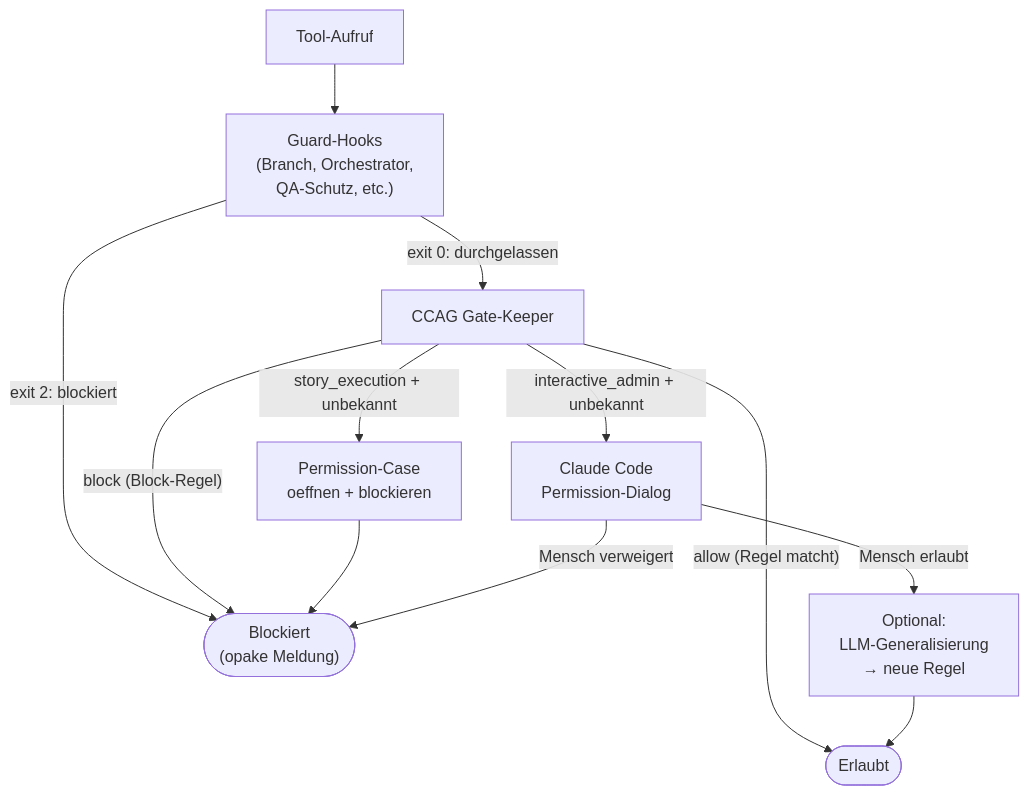
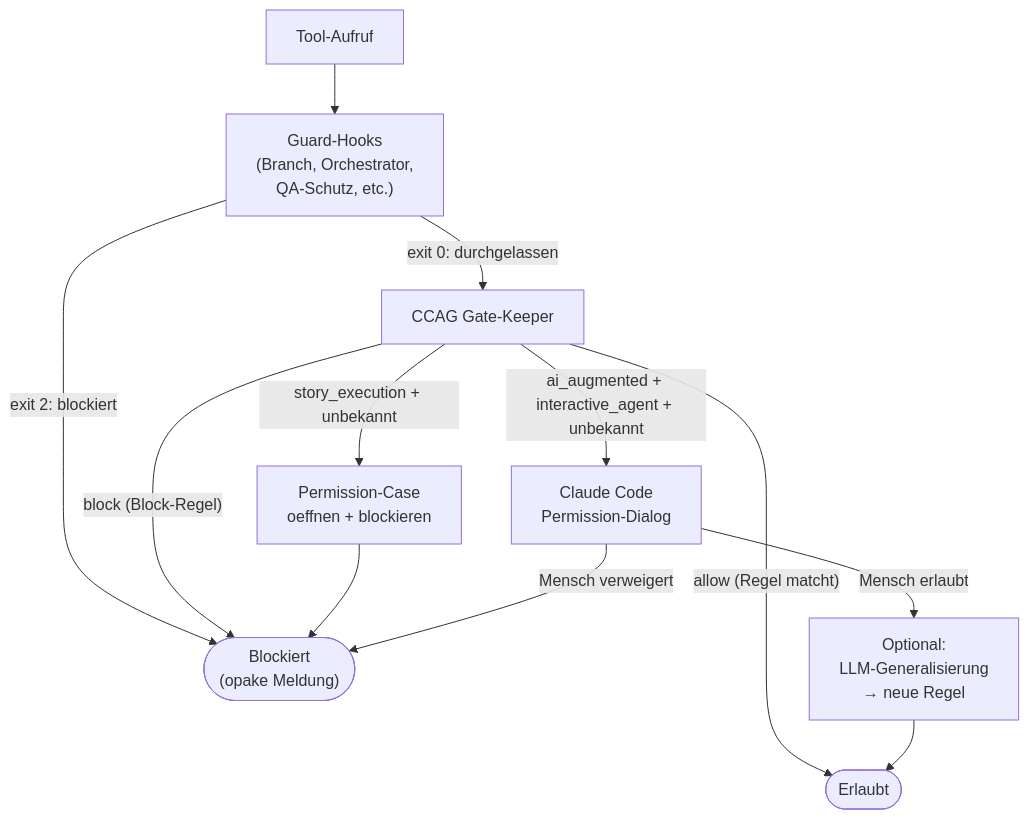
Before and after one commit to saltenhof/claude-agentkit3: the diagram in concept/technical-design/42_ccag_tool_governance_permission_runtime.md, drawn with Mermaid. The commit also changed other lines of this file and 42 other files, not shown here.

````diff
--- a/concept/technical-design/42_ccag_tool_governance_permission_runtime.md
+++ b/concept/technical-design/42_ccag_tool_governance_permission_runtime.md
@@ -313,16 +318,16 @@
 ```mermaid
 flowchart TD
     CALL["Tool-Aufruf"] --> GUARDS["Guard-Hooks<br/>(Branch, Orchestrator,<br/>QA-Schutz, etc.)"]
     GUARDS -->|"exit 2: blockiert"| BLOCKED(["Blockiert<br/>(opake Meldung)"])
     GUARDS -->|"exit 0: durchgelassen"| CCAG["CCAG Gate-Keeper"]
 
     CCAG -->|"allow (Regel matcht)"| PASS(["Erlaubt"])
     CCAG -->|"block (Block-Regel)"| BLOCKED
     CCAG -->|"story_execution + unbekannt"| CASE["Permission-Case<br/>oeffnen + blockieren"]
     CASE --> BLOCKED
-    CCAG -->|"interactive_admin + unbekannt"| CLAUDE["Claude Code<br/>Permission-Dialog"]
+    CCAG -->|"ai_augmented + interactive_agent + unbekannt"| CLAUDE["Claude Code<br/>Permission-Dialog"]
 
     CLAUDE -->|"Mensch erlaubt"| LEARN["Optional:<br/>LLM-Generalisierung<br/>→ neue Regel"]
     LEARN --> PASS
     CLAUDE -->|"Mensch verweigert"| BLOCKED
 ```
````
